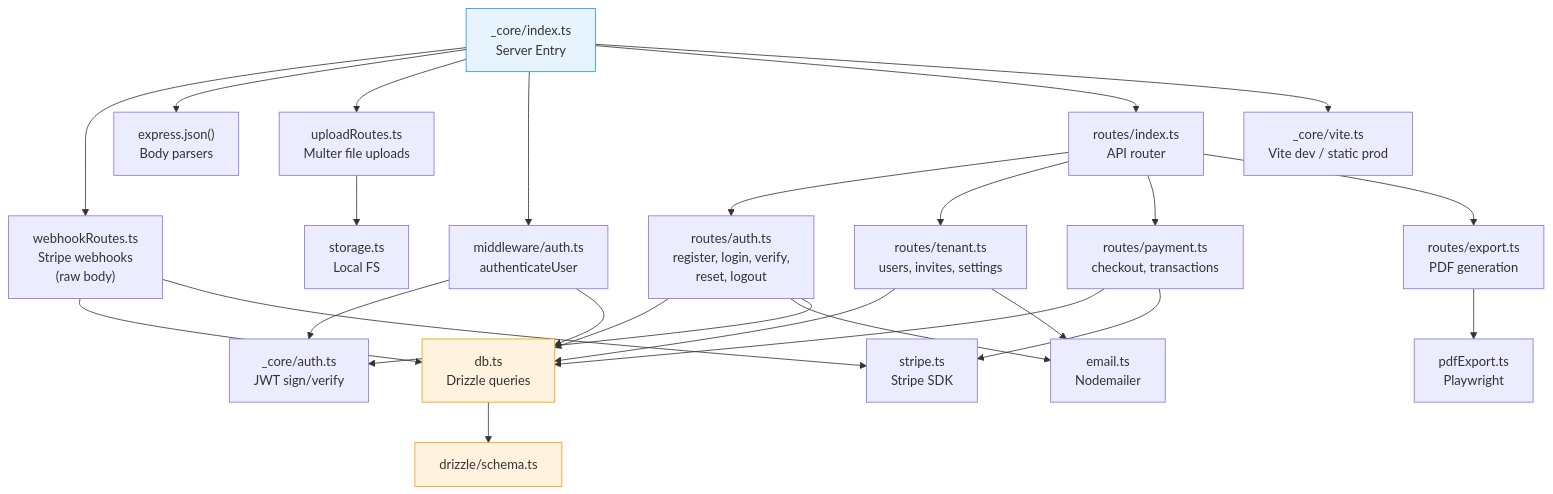
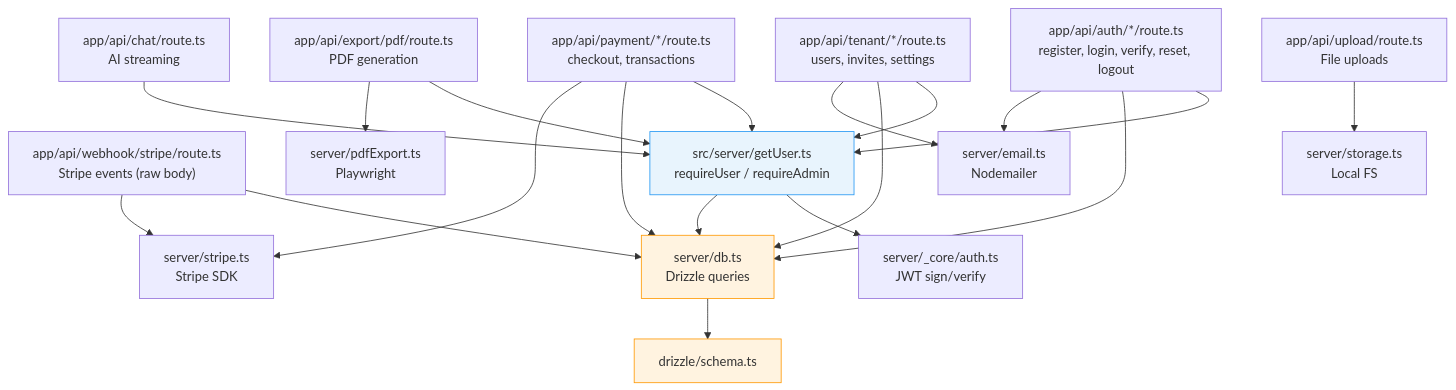
Before and after one commit to erium/app-template: the second of 7 diagrams in docs/architecture-development.md, drawn with Mermaid. The commit also changed other lines of this file and 7 other files, not shown here.

First line of the commit message:
docs: update all documentation for Next.js App Router migration

````diff
--- a/docs/architecture-development.md
+++ b/docs/architecture-development.md
@@ -51,37 +56,38 @@
 ```mermaid
 graph TD
-    Entry["_core/index.ts<br/>Server Entry"]
+    AuthH["app/api/auth/*/route.ts<br/>register, login, verify, reset, logout"]
+    TenantH["app/api/tenant/*/route.ts<br/>users, invites, settings"]
+    PayH["app/api/payment/*/route.ts<br/>checkout, transactions"]
+    ExpH["app/api/export/pdf/route.ts<br/>PDF generation"]
+    UploadH["app/api/upload/route.ts<br/>File uploads"]
+    WebhookH["app/api/webhook/stripe/route.ts<br/>Stripe events (raw body)"]
+    ChatH["app/api/chat/route.ts<br/>AI streaming"]
 
-    Entry --> WH["webhookRoutes.ts<br/>Stripe webhooks<br/>(raw body)"]
-    Entry --> BP["express.json()<br/>Body parsers"]
-    Entry --> UL["uploadRoutes.ts<br/>Multer file uploads"]
-    Entry --> AM["middleware/auth.ts<br/>authenticateUser"]
-    Entry --> AR["routes/index.ts<br/>API router"]
-    Entry --> Vite["_core/vite.ts<br/>Vite dev / static prod"]
+    GU["src/server/getUser.ts<br/>requireUser / requireAdmin"]
 
-    AR --> AuthR["routes/auth.ts<br/>register, login, verify,<br/>reset, logout"]
-    AR --> TenantR["routes/tenant.ts<br/>users, invites, settings"]
-    AR --> PayR["routes/payment.ts<br/>checkout, transactions"]
-    AR --> ExpR["routes/export.ts<br/>PDF generation"]
+    AuthH --> GU
+    TenantH --> GU
+    PayH --> GU
+    ExpH --> GU
+    ChatH --> GU
 
-    AuthR --> DB["db.ts<br/>Drizzle queries"]
-    AuthR --> EmailS["email.ts<br/>Nodemailer"]
-    AuthR --> AuthCore["_core/auth.ts<br/>JWT sign/verify"]
-    TenantR --> DB
-    TenantR --> EmailS
-    PayR --> DB
-    PayR --> StripeS["stripe.ts<br/>Stripe SDK"]
-    ExpR --> PDF["pdfExport.ts<br/>Playwright"]
-    WH --> DB
-    WH --> StripeS
-    UL --> Storage["storage.ts<br/>Local FS"]
+    GU --> AuthCore["server/_core/auth.ts<br/>JWT sign/verify"]
+    GU --> DB["server/db.ts<br/>Drizzle queries"]
 
-    AM --> AuthCore
-    AM --> DB
+    AuthH --> DB
+    AuthH --> EmailS["server/email.ts<br/>Nodemailer"]
+    TenantH --> DB
+    TenantH --> EmailS
+    PayH --> DB
+    PayH --> StripeS["server/stripe.ts<br/>Stripe SDK"]
+    ExpH --> PDF["server/pdfExport.ts<br/>Playwright"]
+    UploadH --> Storage["server/storage.ts<br/>Local FS"]
+    WebhookH --> DB
+    WebhookH --> StripeS
 
     DB --> Schema["drizzle/schema.ts"]
 
-    style Entry fill:#e8f4fd,stroke:#2196F3
+    style GU fill:#e8f4fd,stroke:#2196F3
     style DB fill:#fff3e0,stroke:#FF9800
     style Schema fill:#fff3e0,stroke:#FF9800
 ```
````
